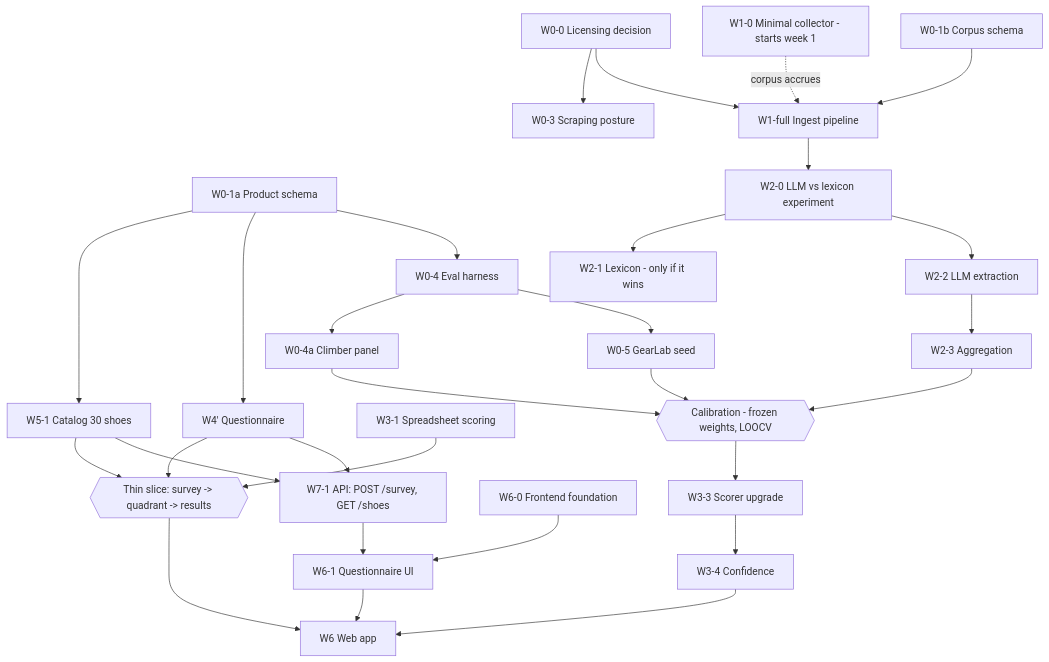
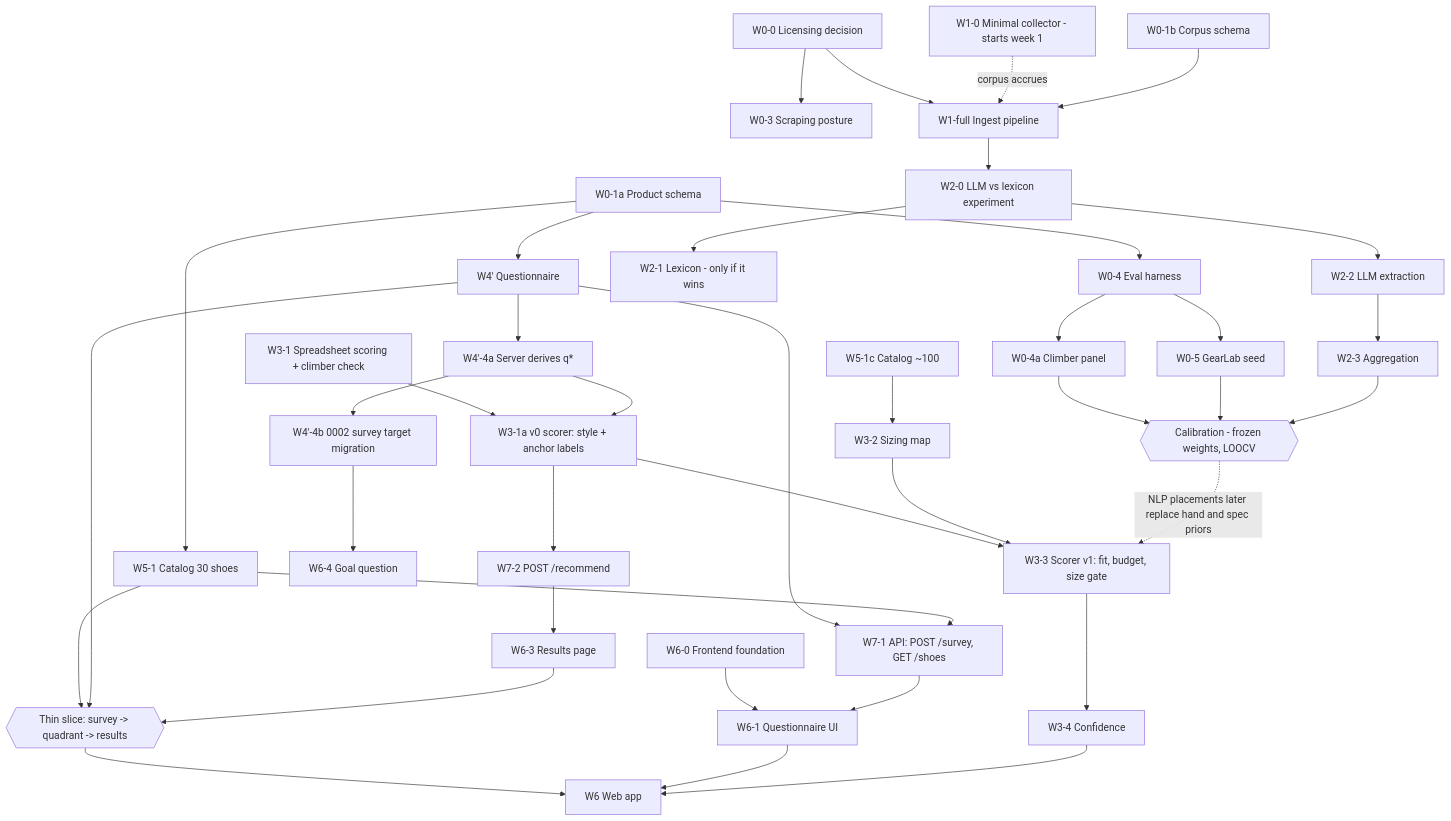
Before and after one commit to barlu3/CruxUp: the first of 2 diagrams in timeline.md, drawn with Mermaid. The commit also changed other lines of this file and 1 other file, not shown here.

````diff
--- a/timeline.md
+++ b/timeline.md
@@ -173,34 +174,44 @@
 ```mermaid
 flowchart TD
   W0_0[W0-0 Licensing decision] --> W0_3[W0-3 Scraping posture]
   W0_0 --> W1F[W1-full Ingest pipeline]
   W1_0[W1-0 Minimal collector - starts week 1] -.corpus accrues.-> W1F
 
   W0_1a[W0-1a Product schema] --> W5_1[W5-1 Catalog 30 shoes]
   W0_1a --> W4P[W4' Questionnaire]
   W5_1 --> SLICE{{Thin slice: survey -> quadrant -> results}}
   W4P --> SLICE
-  W3_1[W3-1 Spreadsheet scoring] --> SLICE
+  W3_1[W3-1 Spreadsheet scoring + climber check] --> W3_1a[W3-1a v0 scorer: style + anchor labels]
+  W4P --> W4_4a[W4'-4a Server derives q*]
+  W4_4a --> W3_1a
+  W3_1a --> W7_2[W7-2 POST /recommend]
+  W7_2 --> W6_3[W6-3 Results page]
+  W6_3 --> SLICE
+  W4_4a --> W4_4b[W4'-4b 0002 survey target migration]
+  W4_4b --> W6_4[W6-4 Goal question]
   W4P --> W7_1[W7-1 API: POST /survey, GET /shoes]
   W5_1 --> W7_1
   W6_0[W6-0 Frontend foundation] --> W6_1[W6-1 Questionnaire UI]
   W7_1 --> W6_1
   SLICE --> W6[W6 Web app]
   W6_1 --> W6
 
   W0_1a --> W0_4[W0-4 Eval harness]
   W0_4 --> W0_4a[W0-4a Climber panel]
   W0_4 --> W0_5[W0-5 GearLab seed]
   W0_4a --> CAL
   W0_5 --> CAL{{Calibration - frozen weights, LOOCV}}
 
   W0_1b[W0-1b Corpus schema] --> W1F
   W1F --> W2_0[W2-0 LLM vs lexicon experiment]
   W2_0 --> W2_1[W2-1 Lexicon - only if it wins]
   W2_0 --> W2_2[W2-2 LLM extraction]
   W2_2 --> W2_3[W2-3 Aggregation]
   W2_3 --> CAL
-  CAL --> W3_3[W3-3 Scorer upgrade]
+  W3_1a --> W3_3[W3-3 Scorer v1: fit, budget, size gate]
+  W5_1c[W5-1c Catalog ~100] --> W3_2[W3-2 Sizing map]
+  W3_2 --> W3_3
+  CAL -. NLP placements later replace hand and spec priors .-> W3_3
   W3_3 --> W3_4[W3-4 Confidence]
   W3_4 --> W6
 ```
````
